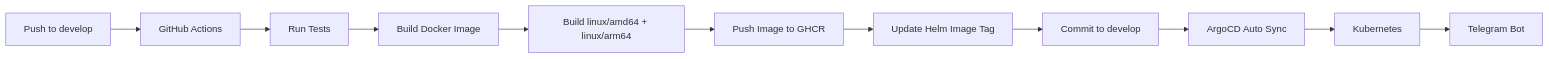
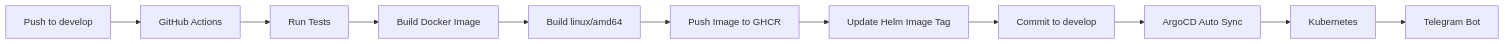
Before and after one commit to szdobnikova-code/kbot: the diagram in README.md, drawn with Mermaid. The commit also changed other lines of this file, not shown here.

Commit message:
Update CI/CD workflow diagram

````diff
--- a/README.md
+++ b/README.md
@@ -204,13 +204,13 @@
 ```mermaid
 flowchart LR
     A[Push to develop] --> B[GitHub Actions]
     B --> C[Run Tests]
     C --> D[Build Docker Image]
-    D --> E[Build linux/amd64 + linux/arm64]
+    D --> E[Build linux/amd64]
     E --> F[Push Image to GHCR]
     F --> G[Update Helm Image Tag]
     G --> H[Commit to develop]
     H --> I[ArgoCD Auto Sync]
     I --> J[Kubernetes]
     J --> K[Telegram Bot]
 ```
````
